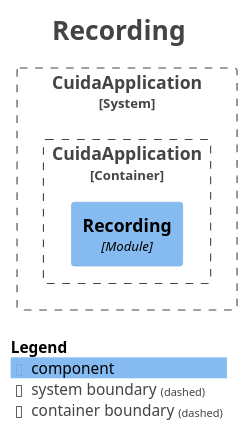
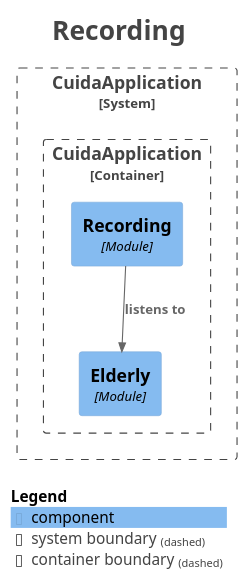
Before and after one commit to Rodrimir/alo_diario: the diagram in docs/modules/module-recording.puml, drawn with PlantUML. The commit also changed 53 other files, not shown here.

```diff
--- a/docs/modules/module-recording.puml
+++ b/docs/modules/module-recording.puml
@@ -1,27 +1,30 @@
 @startuml
 title <size:24>Recording</size>
 
 set separator none
 top to bottom direction
 
 <style>
   root {
     BackgroundColor: #ffffff
     FontColor: #444444
   }
 </style>
 
 !include <C4/C4>
 !include <C4/C4_Context>
 !include <C4/C4_Component>
 
 System_Boundary("CuidaApplication_boundary", "CuidaApplication", $tags="") {
   Container_Boundary("CuidaApplication.CuidaApplication_boundary", "CuidaApplication", $tags="") {
     Component(CuidaApplication.CuidaApplication.Recording, "Recording", $techn="Module", $descr="", $tags="", $link="")
+    Component(CuidaApplication.CuidaApplication.Elderly, "Elderly", $techn="Module", $descr="", $tags="", $link="")
   }
 
 }
 
+Rel(CuidaApplication.CuidaApplication.Recording, CuidaApplication.CuidaApplication.Elderly, "listens to", $techn="", $tags="", $link="")
+
 SHOW_LEGEND(true)
 hide stereotypes
 @enduml
```
